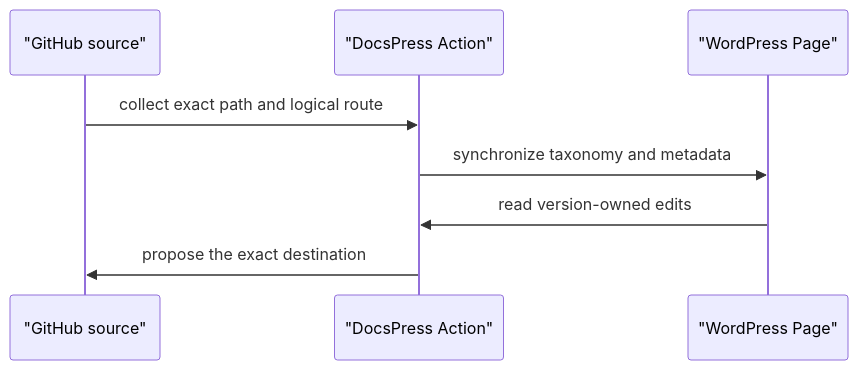
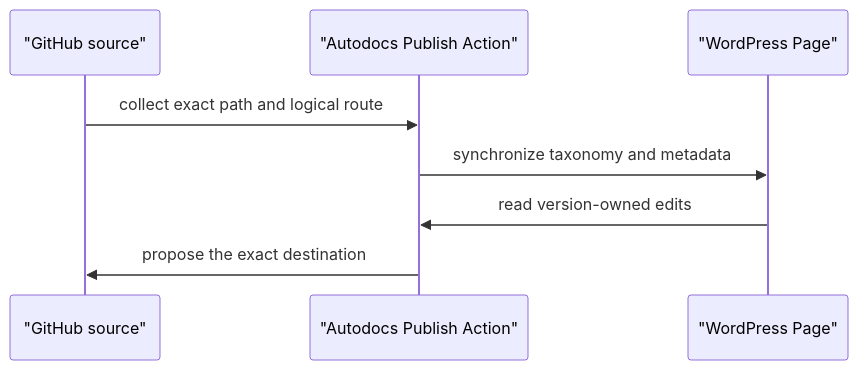
The diagram in docs/guides/versioning.md (Automattic/docspress), drawn with Mermaid before and after one commit. The commit also changed other lines of this file and 331 other files, not shown here.

Commit message:
Rename project to Autodocs Publish

````diff
--- a/docs/guides/versioning.md
+++ b/docs/guides/versioning.md
@@ -589,10 +589,10 @@
 ```mermaid
 sequenceDiagram
   participant n1 as "GitHub source"
-  participant n2 as "DocsPress Action"
+  participant n2 as "Autodocs Publish Action"
   participant n3 as "WordPress Page"
   n1->>n2: collect exact path and logical route
   n2->>n3: synchronize taxonomy and metadata
   n3->>n2: read version-owned edits
   n2->>n1: propose the exact destination
 ```
````
